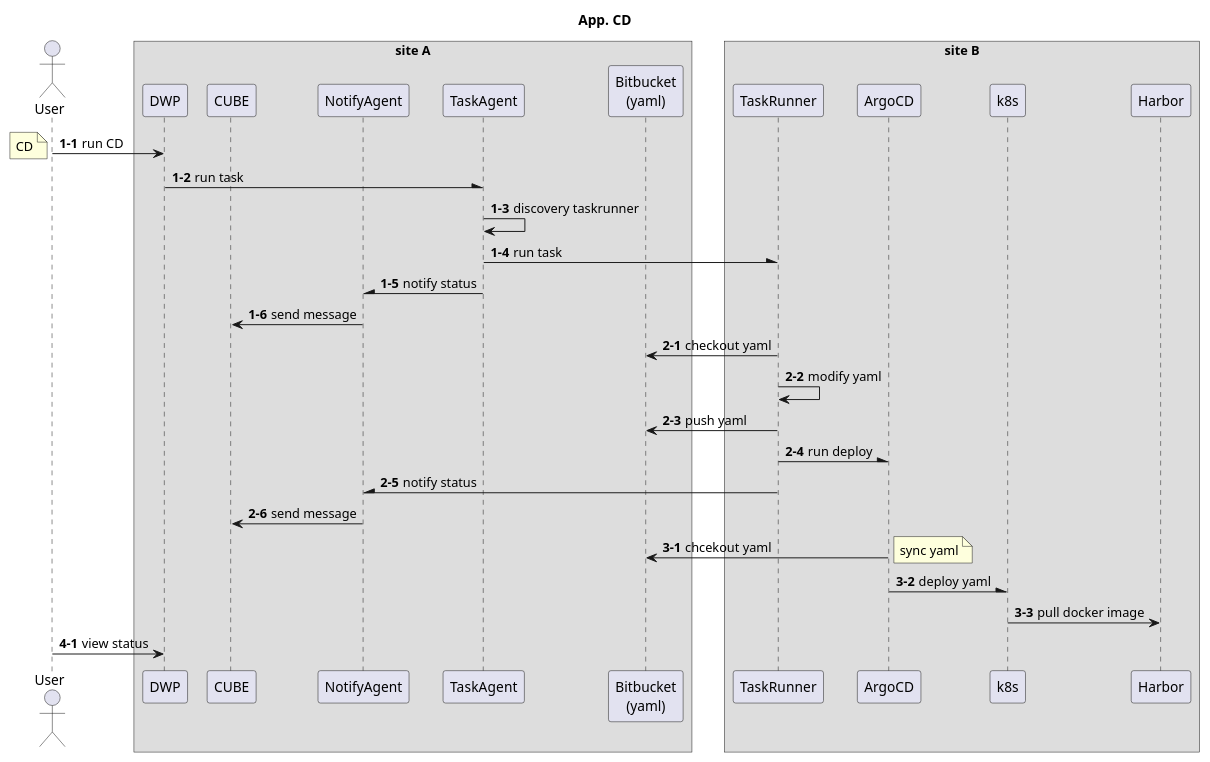
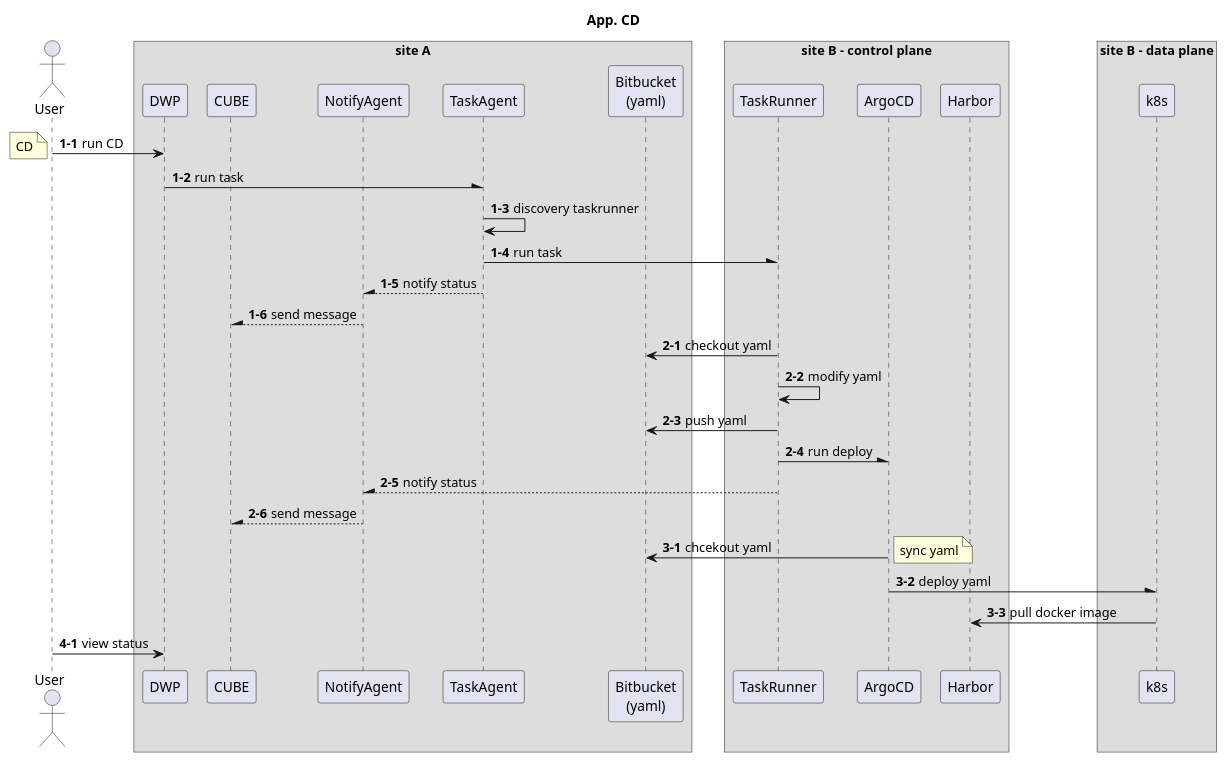
One commit to kloudbank/htdp1.github.io changed the seventh of 8 diagrams in docs/src/multi-cloud/diagram.md. Above: the diagram before and after it, drawn with PlantUML. The commit also changed other lines of this file, not shown here.

```diff
--- a/docs/src/multi-cloud/diagram.md
+++ b/docs/src/multi-cloud/diagram.md
@@ -243,49 +283,52 @@
 @startuml
 
 scale 1
 skinparam ParticipantPadding 5
 skinparam BoxPadding 5
 title "App. CD"
 
 actor User
 box "site A"
 participant DWP
 participant CUBE
 participant NotifyAgent
 participant TaskAgent
 participant "Bitbucket\n(yaml)" as yaml
 end box
-box "site B"
+box "site B - control plane"
 participant TaskRunner
 participant ArgoCD
+participant Harbor
+end box
+
+box "site B - data plane"
 participant k8s
-participant Harbor
 end box
 
 autonumber 1-1
 User -> DWP : run CD
 note left : CD
 DWP -\ TaskAgent : run task
 TaskAgent -> TaskAgent : discovery taskrunner
 TaskAgent -\ TaskRunner : run task
-TaskAgent -\ NotifyAgent : notify status
-NotifyAgent -> CUBE : send message
+TaskAgent --\ NotifyAgent : notify status
+NotifyAgent --\ CUBE : send message
 
 autonumber 2-1
 TaskRunner -> yaml : checkout yaml
 TaskRunner -> TaskRunner : modify yaml
 TaskRunner -> yaml : push yaml
 TaskRunner -\ ArgoCD : run deploy
-TaskRunner -\ NotifyAgent : notify status
-NotifyAgent -> CUBE : send message
+TaskRunner --\ NotifyAgent : notify status
+NotifyAgent --\ CUBE : send message
 
 autonumber 3-1
 ArgoCD -> yaml : chcekout yaml
 note right : sync yaml
 ArgoCD -\ k8s : deploy yaml
 k8s -> Harbor : pull docker image
 
 autonumber 4-1
 User -> DWP : view status
 
 @enduml
```
